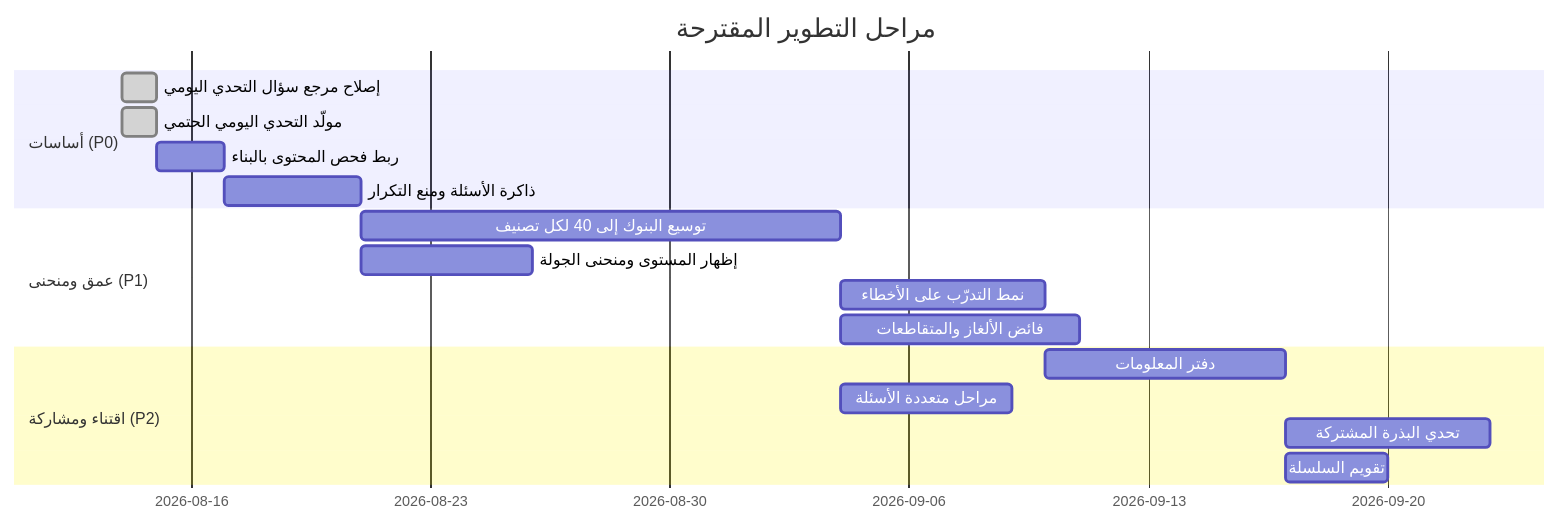
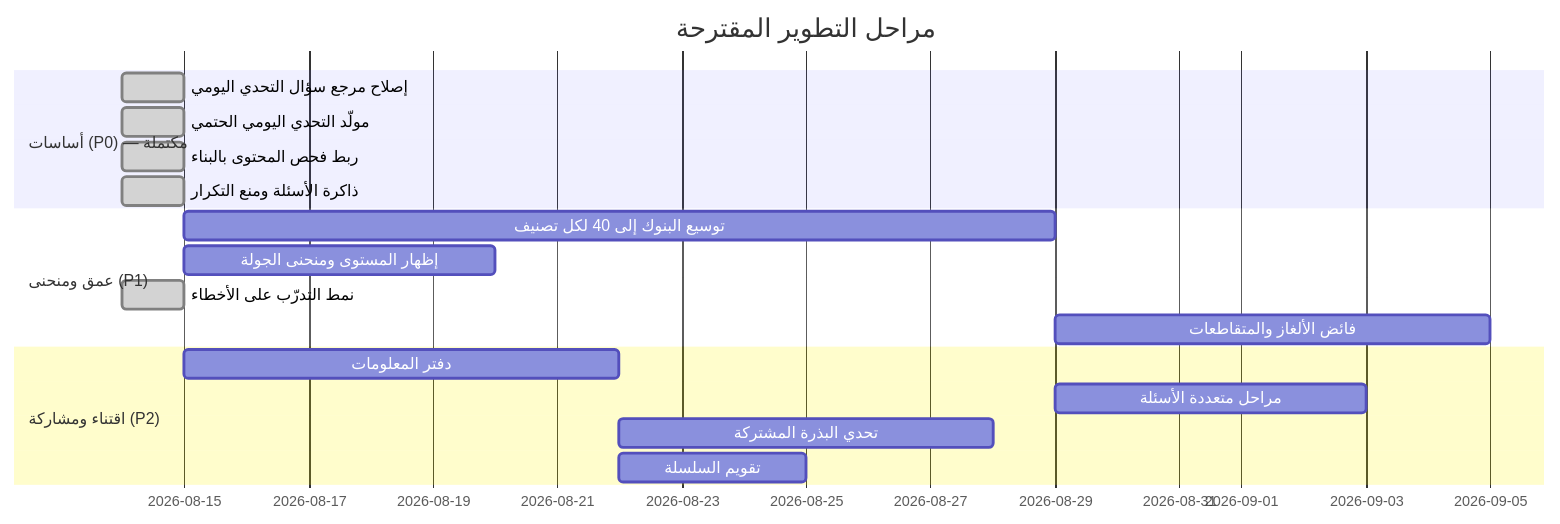
The diagram in improvement-plan.md (malgaroshy-maker/Dbara-game), drawn with Mermaid before and after one commit. The commit also changed other lines of this file and 3 other files, not shown here.

````diff
--- a/improvement-plan.md
+++ b/improvement-plan.md
@@ -257,20 +277,20 @@
 ```mermaid
 gantt
     title مراحل التطوير المقترحة
     dateFormat YYYY-MM-DD
-    section أساسات (P0)
+    section أساسات (P0) — مكتملة
     إصلاح مرجع سؤال التحدي اليومي       :done, p0b, 2026-08-14, 1d
     مولّد التحدي اليومي الحتمي          :done, p0c, 2026-08-14, 1d
-    ربط فحص المحتوى بالبناء            :p0a, 2026-08-15, 2d
-    ذاكرة الأسئلة ومنع التكرار          :p0d, after p0a, 4d
+    ربط فحص المحتوى بالبناء            :done, p0a, 2026-08-14, 1d
+    ذاكرة الأسئلة ومنع التكرار          :done, p0d, 2026-08-14, 1d
     section عمق ومنحنى (P1)
     توسيع البنوك إلى 40 لكل تصنيف       :p1a, after p0d, 14d
     إظهار المستوى ومنحنى الجولة         :p1b, after p0d, 5d
-    نمط التدرّب على الأخطاء             :p1c, after p1a, 6d
+    نمط التدرّب على الأخطاء             :done, p1c, 2026-08-14, 1d
     فائض الألغاز والمتقاطعات            :p1d, after p1a, 7d
     section اقتناء ومشاركة (P2)
     دفتر المعلومات                      :p2a, after p1c, 7d
     مراحل متعددة الأسئلة                :p2b, after p1a, 5d
     تحدي البذرة المشتركة                :p2c, after p2a, 6d
     تقويم السلسلة                       :p2d, after p2a, 3d
 ```
````
